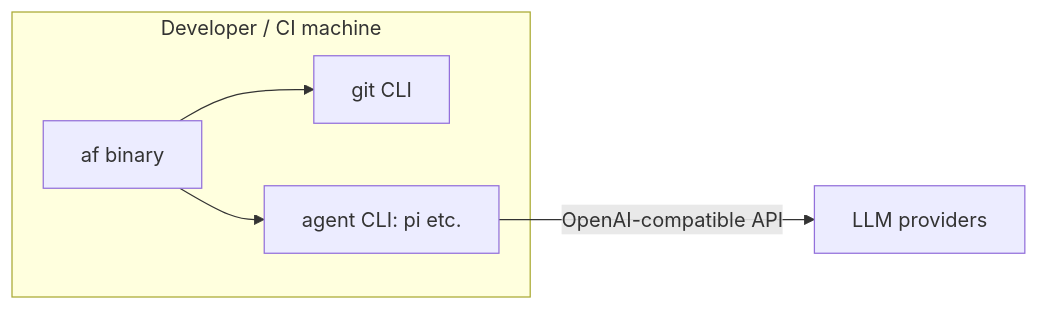
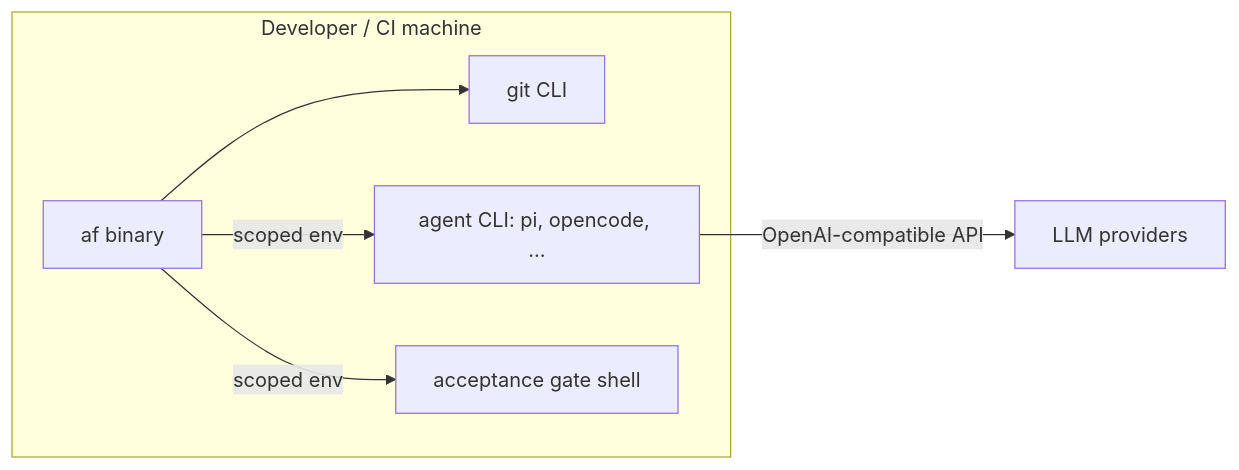
The diagram in docs/arc42/07-deployment-view.md (tobias-weiss-ai-xr/agentflow), drawn with Mermaid before and after one commit. The commit also changed other lines of this file and 11 other files, not shown here.

````diff
--- a/docs/arc42/07-deployment-view.md
+++ b/docs/arc42/07-deployment-view.md
@@ -5,11 +5,13 @@
 ```mermaid
 flowchart LR
   subgraph Host[Developer / CI machine]
     AF[af binary]
     GIT[git CLI]
-    AGENT[agent CLI: pi etc.]
+    AGENT[agent CLI: pi, opencode, …]
+    GATE[acceptance gate shell]
   end
   AF --> GIT
-  AF --> AGENT
+  AF -->|scoped env| AGENT
+  AF -->|scoped env| GATE
   AGENT -->|OpenAI-compatible API| P[LLM providers]
 ```
````
